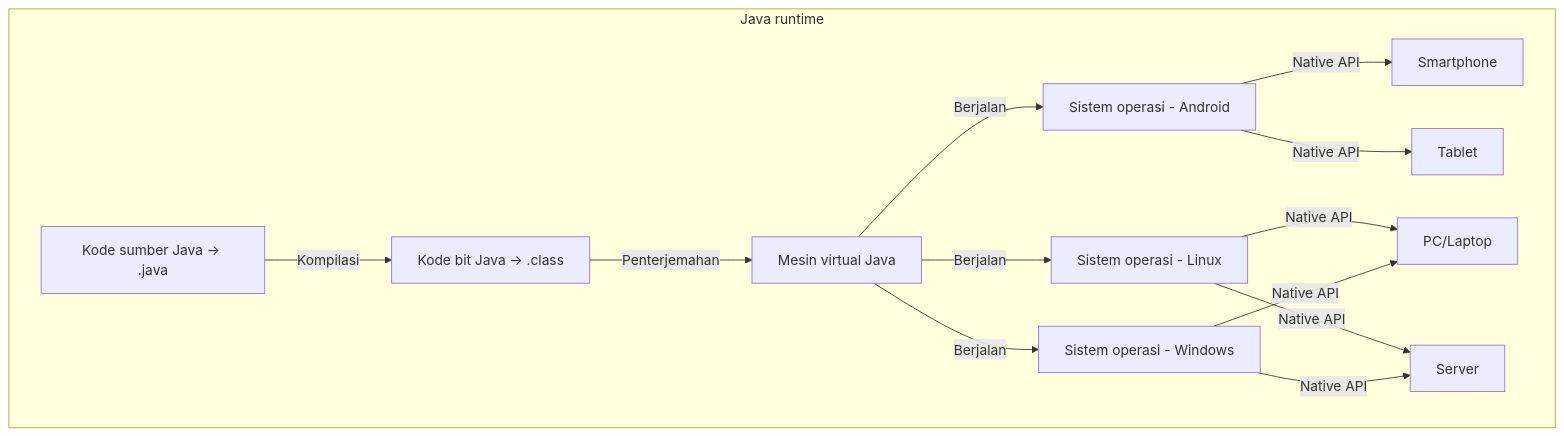
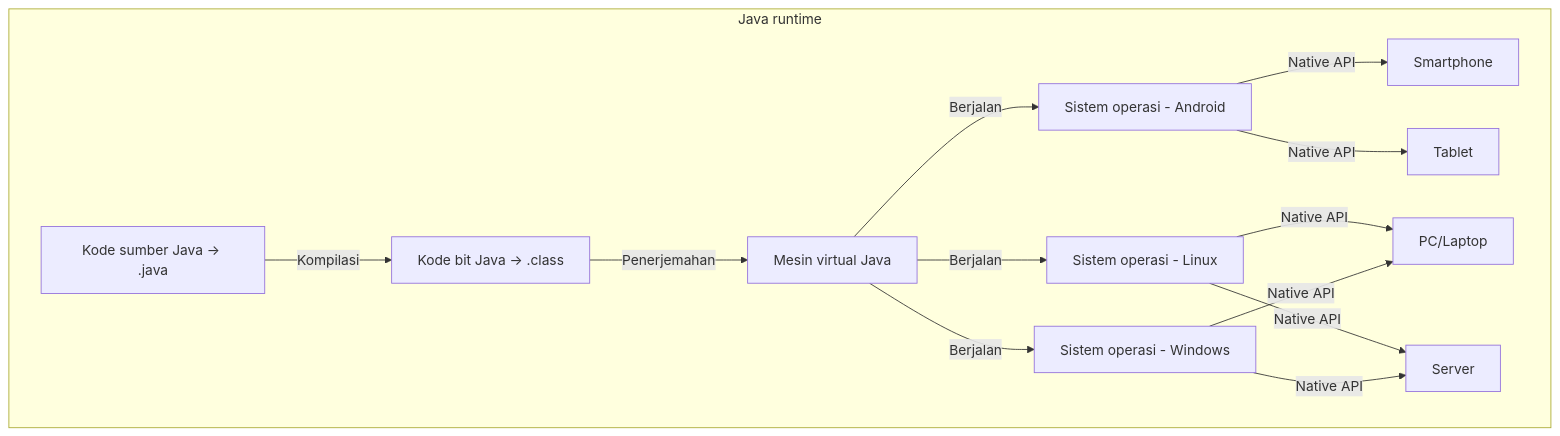
One commit to murtidaryandono/murtidaryandono.github.io changed the diagram in content/id/java.md. Above: the diagram before and after it, drawn with Mermaid. The commit also changed 2 other files, not shown here.

Commit message:
Fix : java content

```diff
--- a/content/id/java.md
+++ b/content/id/java.md
@@ -18,16 +18,16 @@
 <div class="mermaid">
 graph TD
   subgraph Java runtime
   A[Kode sumber Java -> .java] --> |Kompilasi| B[Kode bit Java -> .class]
-  B --> |Penterjemahan| C[Mesin virtual Java]
+  B --> |Penerjemahan| C[Mesin virtual Java]
   C --> |Berjalan| D[Sistem operasi - Android]
   D --> |Native API| E[Smartphone]
   D --> |Native API| I[Tablet]
   C --> |Berjalan| F[Sistem operasi - Linux]
   F --> |Native API| G[PC/Laptop]
   F --> |Native API| H[Server]
   C --> |Berjalan| J[Sistem operasi - Windows]
   J --> |Native API| G[PC/Laptop]
   J --> |Native API| H[Server]
   end
 </div>
```
